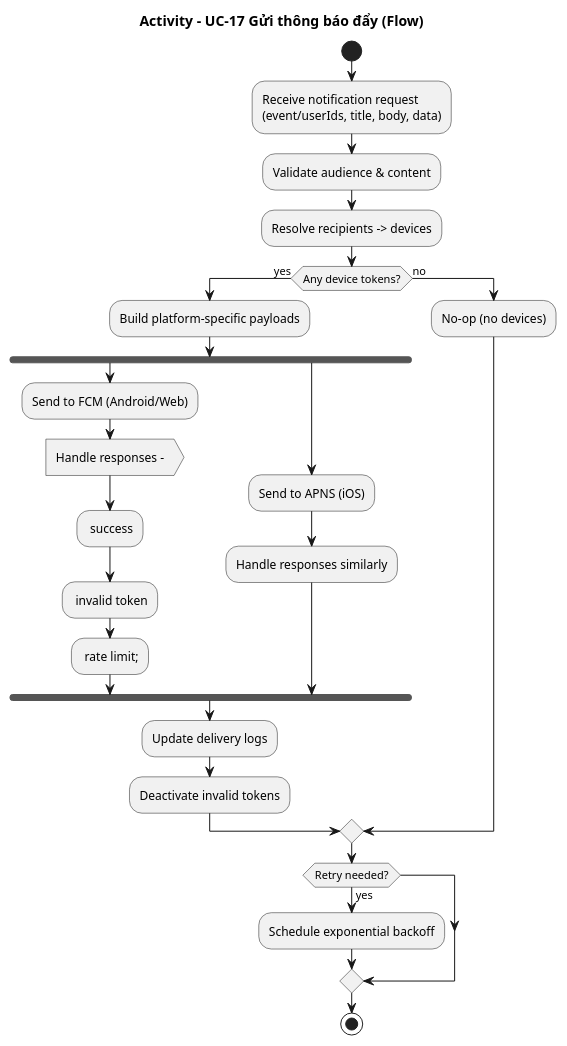
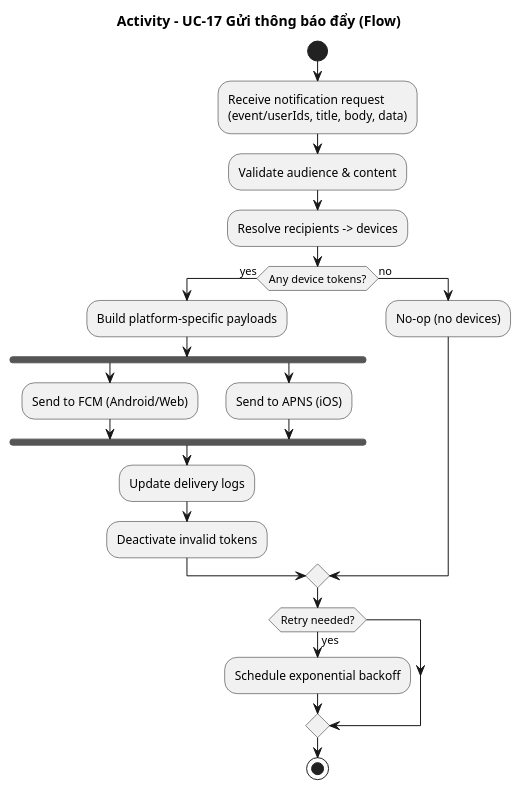
One commit to phuongbv00/hust-bus-stop changed the diagram in docs/uml/activity/activity_uc17_push_notification_flow.puml. Above: the diagram before and after it, drawn with PlantUML. The commit also changed 26 other files, not shown here.

Commit message:
docs: update diagrams

```diff
--- a/docs/uml/activity/activity_uc17_push_notification_flow.puml
+++ b/docs/uml/activity/activity_uc17_push_notification_flow.puml
@@ -1,31 +1,26 @@
 @startuml
 title Activity - UC-17 Gửi thông báo đẩy (Flow)
 start
 :Receive notification request
 (event/userIds, title, body, data);
 :Validate audience & content;
 
 :Resolve recipients -> devices;
 if (Any device tokens?) then (yes)
   :Build platform-specific payloads;
   fork
     :Send to FCM (Android/Web);
-    :Handle responses ->
-     - success
-     - invalid token
-     - rate limit;
   fork again
     :Send to APNS (iOS);
-    :Handle responses similarly;
   end fork
   :Update delivery logs;
   :Deactivate invalid tokens;
 else (no)
   :No-op (no devices);
 endif
 
 if (Retry needed?) then (yes)
   :Schedule exponential backoff;
 endif
 stop
 @enduml
```
